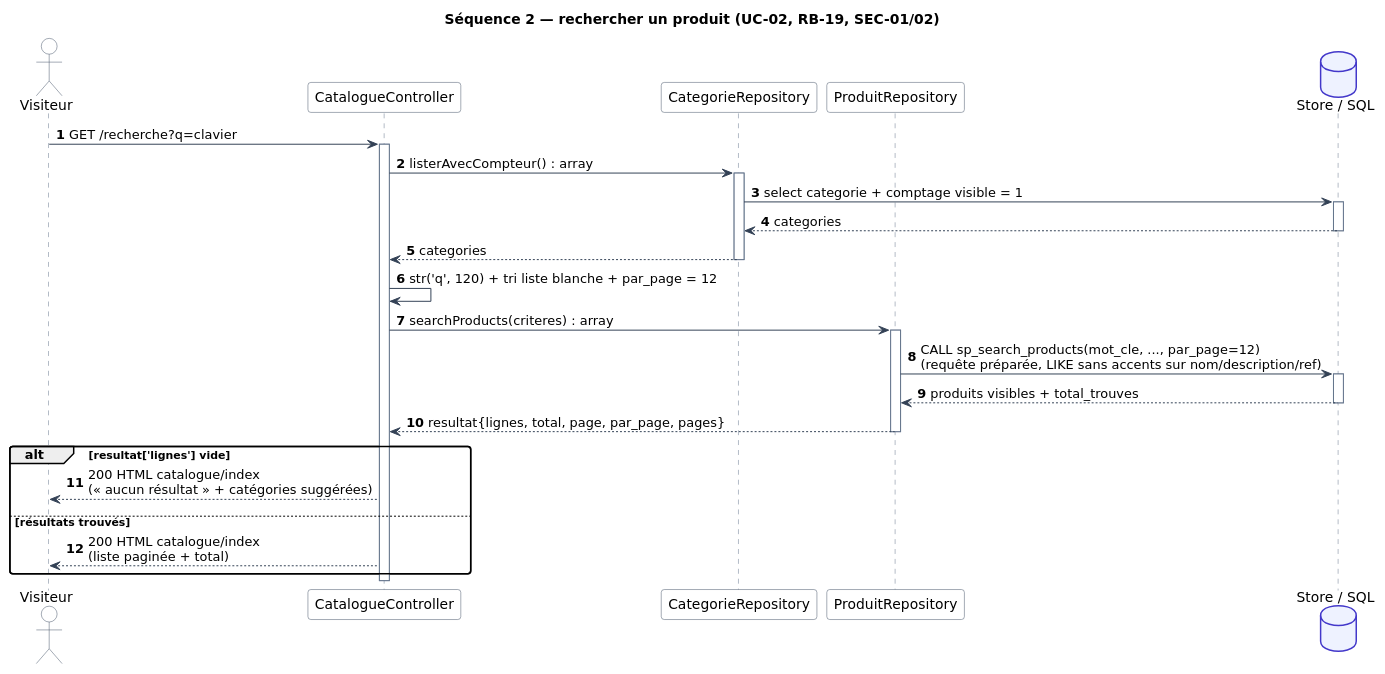
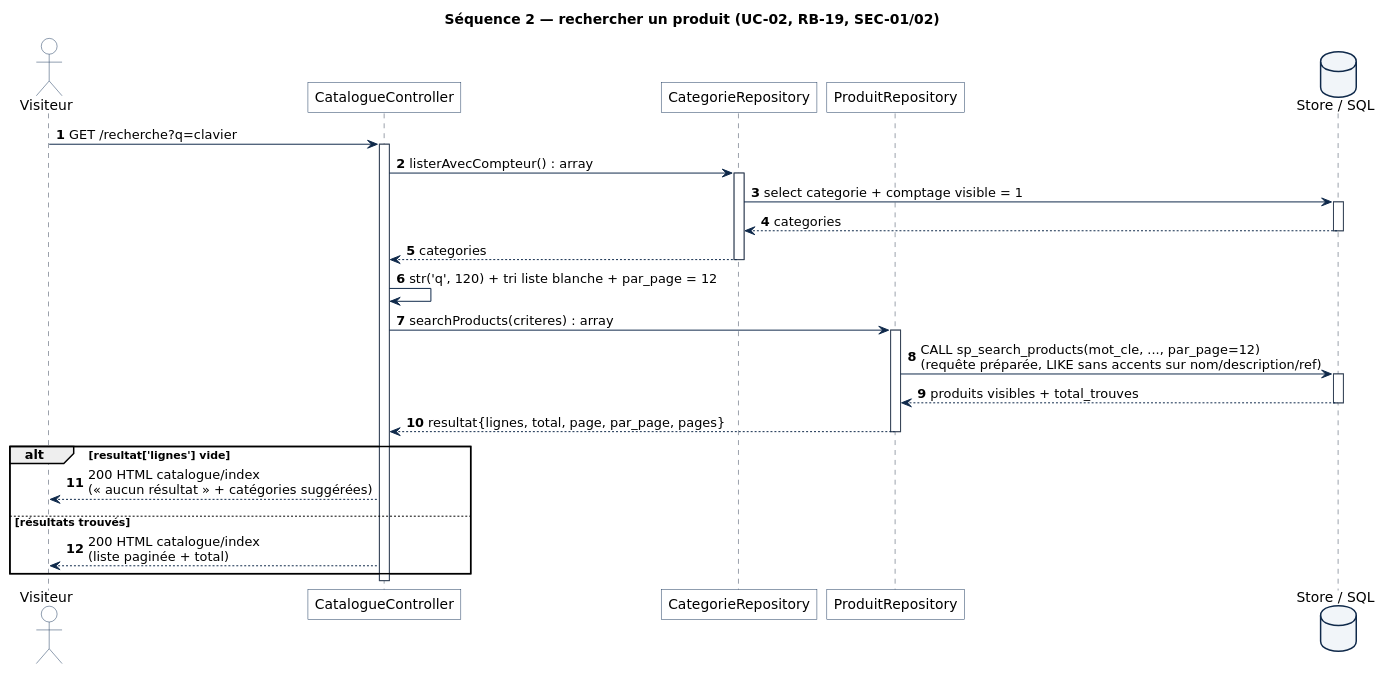
The diagram in docs/diagrams/src/seq_recherche_produit.puml (jojo8356/SAE-302), drawn with PlantUML before and after one commit. The commit also changed 148 other files, not shown here.

Commit message:
docs: align UML diagrams, markdown docs & regenerate academic deliverables

```diff
--- a/docs/diagrams/src/seq_recherche_produit.puml
+++ b/docs/diagrams/src/seq_recherche_produit.puml
@@ -1,53 +1,53 @@
 @startuml seq_recherche_produit
 title Séquence 2 — rechercher un produit (UC-02, RB-19, SEC-01/02)
 
 autonumber
 skinparam shadowing false
-skinparam roundcorner 6
+skinparam roundcorner 0
 skinparam defaultFontName "DejaVu Sans"
-skinparam ArrowColor #334155
+skinparam ArrowColor #0F294A
 skinparam ParticipantBackgroundColor #FFFFFF
-skinparam ParticipantBorderColor #475569
+skinparam ParticipantBorderColor #1E3A5F
 skinparam ActorBackgroundColor #FFFFFF
-skinparam ActorBorderColor #475569
-skinparam DatabaseBackgroundColor #EEF2FF
-skinparam DatabaseBorderColor #4338CA
-skinparam NoteBackgroundColor #FEF9C3
-skinparam NoteBorderColor #CA8A04
-skinparam SequenceLifeLineBorderColor #64748B
+skinparam ActorBorderColor #1E3A5F
+skinparam DatabaseBackgroundColor #F1F5F9
+skinparam DatabaseBorderColor #0F294A
+skinparam NoteBackgroundColor #F8FAFC
+skinparam NoteBorderColor #1E3A5F
+skinparam SequenceLifeLineBorderColor #334155
 
 actor Visiteur
 participant "CatalogueController" as CC
 participant "CategorieRepository" as CAT
 participant "ProduitRepository" as PR
 database "Store / SQL" as DB
 
 Visiteur -> CC : GET /recherche?q=clavier
 activate CC
 CC -> CAT : listerAvecCompteur() : array
 activate CAT
 CAT -> DB : select categorie + comptage visible = 1
 activate DB
 DB --> CAT : categories
 deactivate DB
 CAT --> CC : categories
 deactivate CAT
 
 CC -> CC : str('q', 120) + tri liste blanche + par_page = 12
 CC -> PR : searchProducts(criteres) : array
 activate PR
 PR -> DB : CALL sp_search_products(mot_cle, ..., par_page=12)\n(requête préparée, LIKE sans accents sur nom/description/ref)
 activate DB
 DB --> PR : produits visibles + total_trouves
 deactivate DB
 PR --> CC : resultat{lignes, total, page, par_page, pages}
 deactivate PR
 
 alt resultat['lignes'] vide
   CC --> Visiteur : 200 HTML catalogue/index\n(« aucun résultat » + catégories suggérées)
   ||8||
 else résultats trouvés
   CC --> Visiteur : 200 HTML catalogue/index\n(liste paginée + total)
 end
 deactivate CC
 @enduml
```
